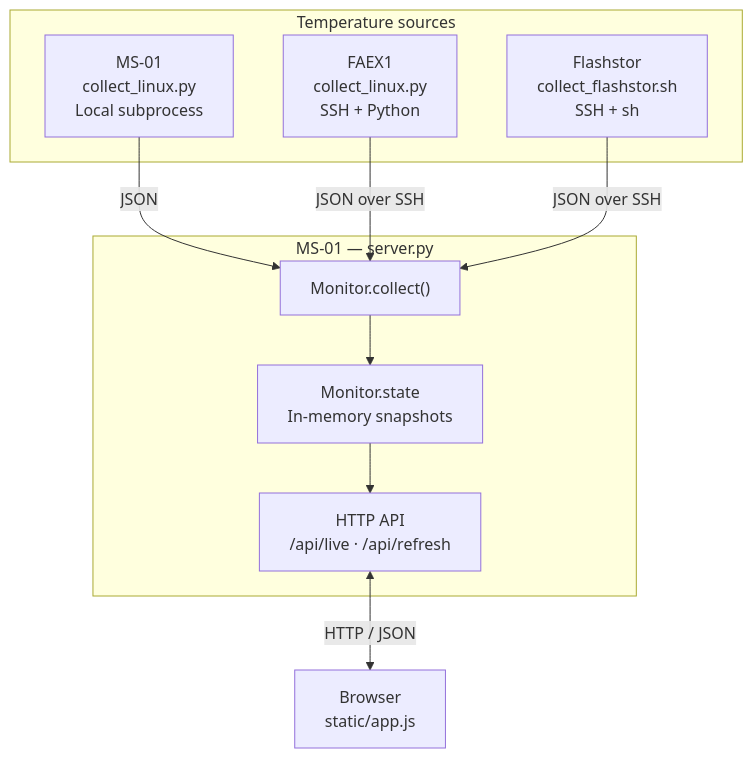
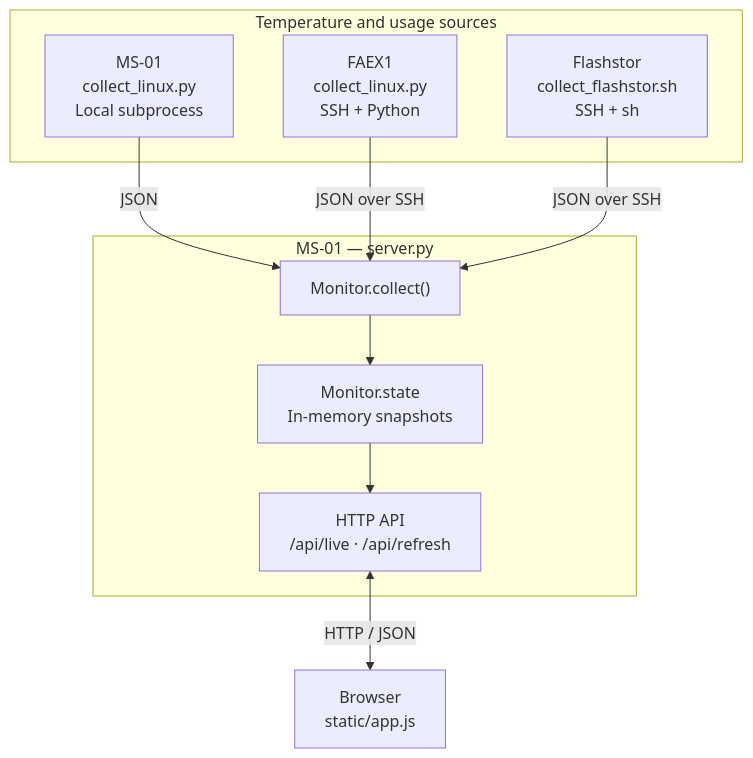
One commit to RexYuan/Sigrid changed the diagram in services/homelab-monitor/README.md. Above: the diagram before and after it, drawn with Mermaid. The commit also changed other lines of this file and 8 other files, not shown here.

````diff
--- a/services/homelab-monitor/README.md
+++ b/services/homelab-monitor/README.md
@@ -121,20 +159,20 @@
 ```mermaid
 flowchart TD
-    subgraph Hosts["Temperature sources"]
+    subgraph Hosts["Temperature and usage sources"]
         A["MS-01<br/>collect_linux.py<br/>Local subprocess"]
         B["FAEX1<br/>collect_linux.py<br/>SSH + Python"]
         C["Flashstor<br/>collect_flashstor.sh<br/>SSH + sh"]
     end
 
     A -->|JSON| D
     B -->|JSON over SSH| D
     C -->|JSON over SSH| D
 
     subgraph Server["MS-01 — server.py"]
         D["Monitor.collect()"]
         D --> E["Monitor.state<br/>In-memory snapshots"]
         E --> F["HTTP API<br/>/api/live · /api/refresh"]
     end
 
     F <-->|HTTP / JSON| G["Browser<br/>static/app.js"]
 ```
````
